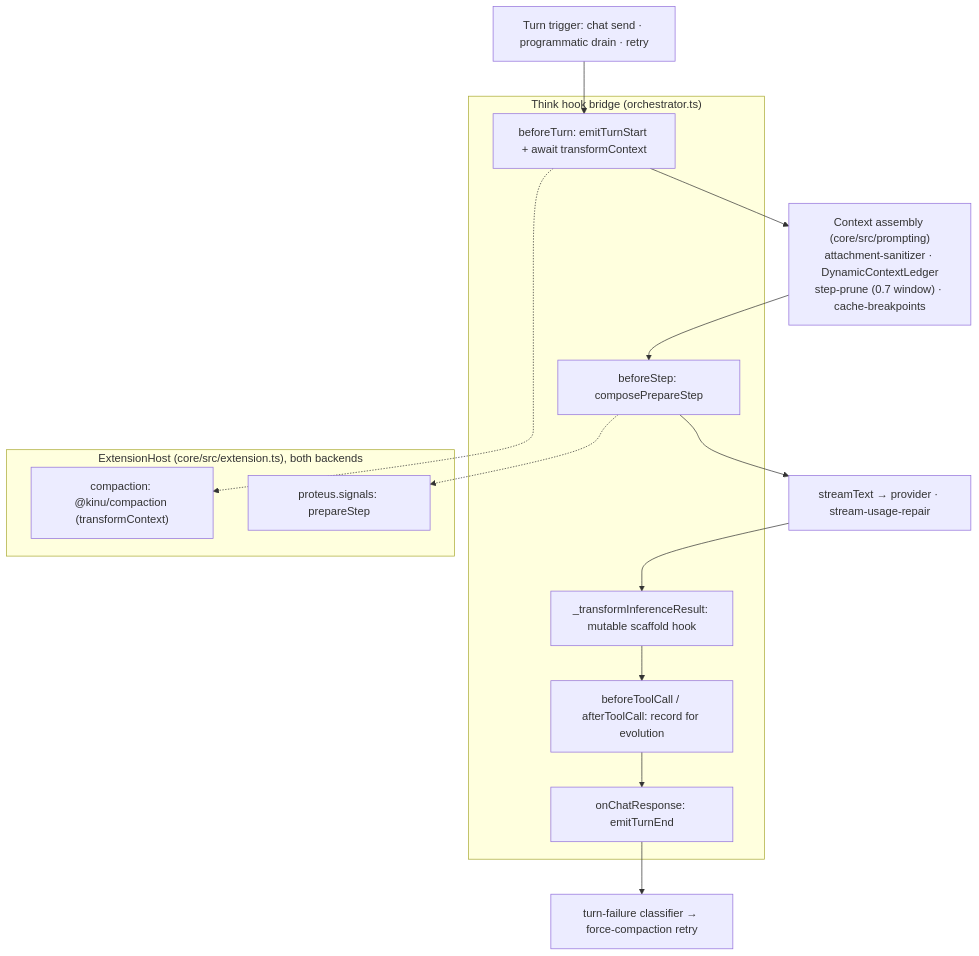
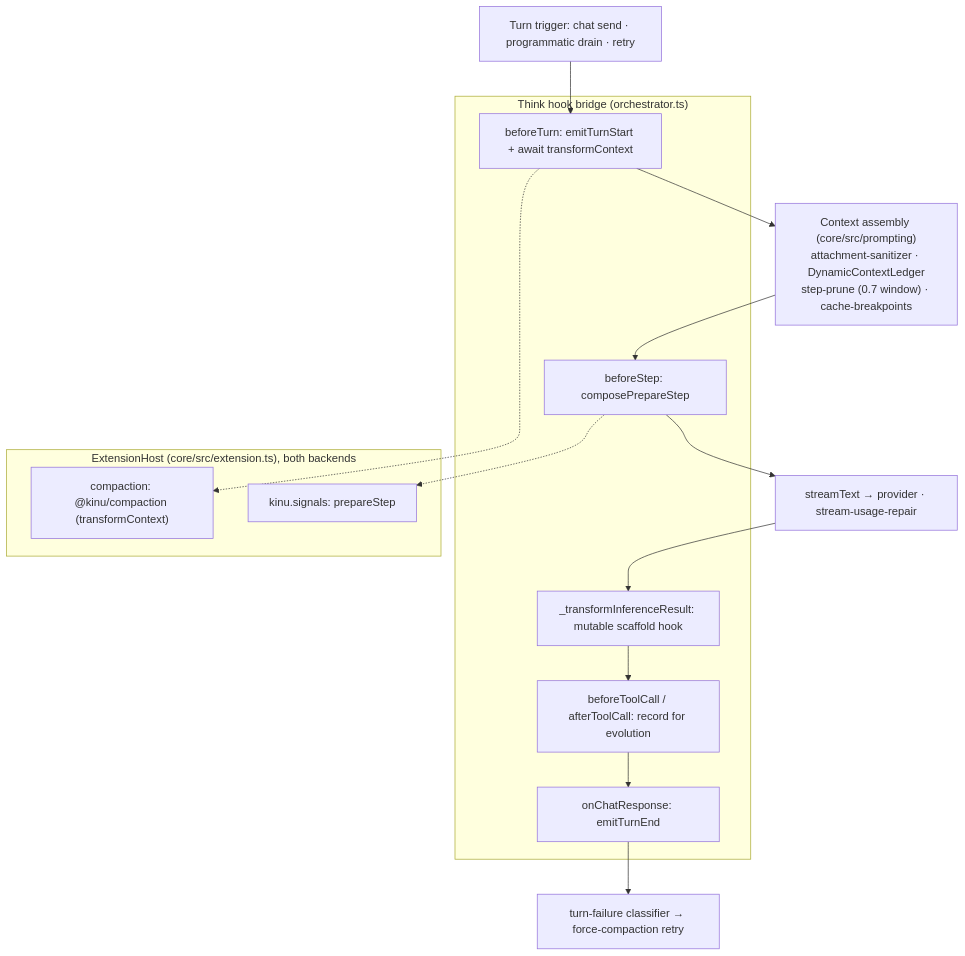
Before and after one commit to AshishKumar4/Proteus: the third of 5 diagrams in docs/ARCHITECTURE.md, drawn with Mermaid. The commit also changed other lines of this file and 465 other files, not shown here.

````diff
--- a/docs/ARCHITECTURE.md
+++ b/docs/ARCHITECTURE.md
@@ -173,25 +173,25 @@
 ```mermaid
 flowchart TB
     In["Turn trigger: chat send · programmatic drain · retry"]
 
     subgraph Bridge["Think hook bridge (orchestrator.ts)"]
         BT["beforeTurn: emitTurnStart + await transformContext"]
         BS["beforeStep: composePrepareStep"]
         TC["beforeToolCall / afterToolCall: record for evolution"]
         IT["_transformInferenceResult: mutable scaffold hook"]
         CR["onChatResponse: emitTurnEnd"]
     end
 
     subgraph Host["ExtensionHost (core/src/extension.ts), both backends"]
         Comp["compaction: @kinu/compaction (transformContext)"]
-        Inj["proteus.signals: prepareStep"]
+        Inj["kinu.signals: prepareStep"]
     end
 
     Assembly["Context assembly (core/src/prompting)<br/>attachment-sanitizer · DynamicContextLedger<br/>step-prune (0.7 window) · cache-breakpoints"]
     Model["streamText → provider · stream-usage-repair"]
     Fail["turn-failure classifier → force-compaction retry"]
 
     In --> BT --> Assembly --> BS --> Model --> IT --> TC --> CR --> Fail
     BT -.-> Comp
     BS -.-> Inj
 ```
````
